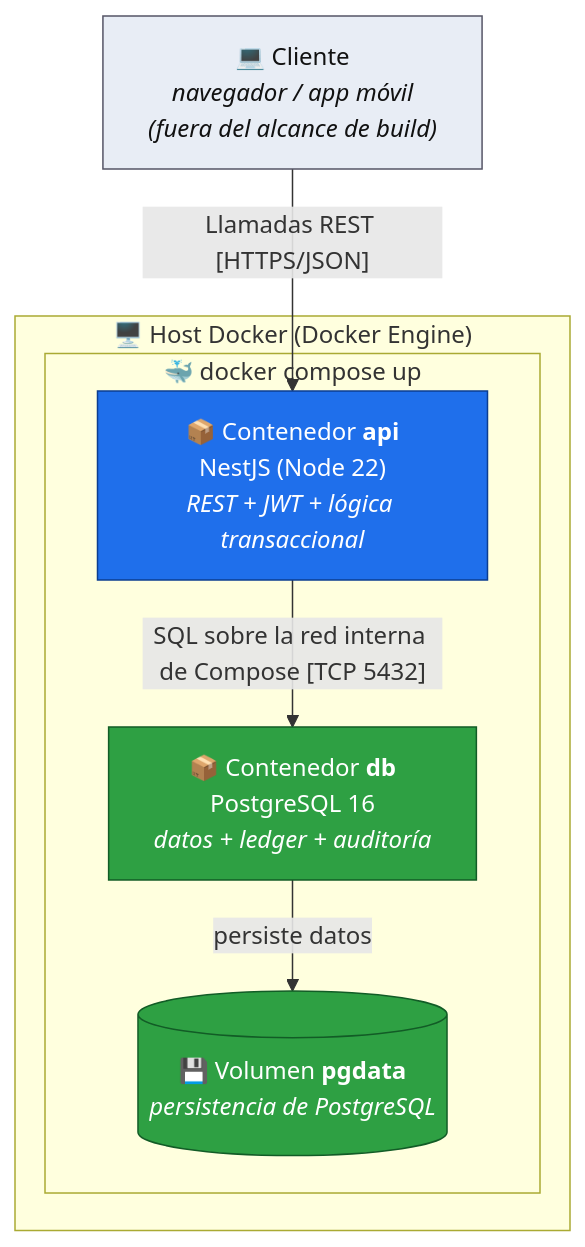
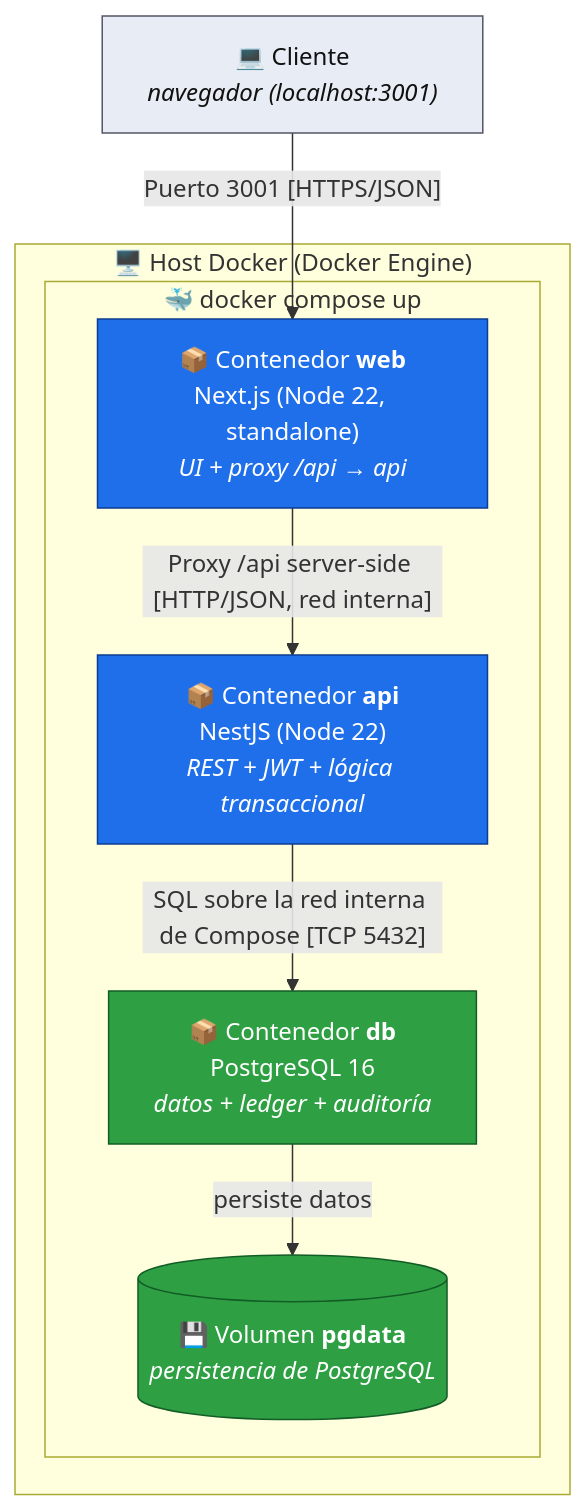
Before and after one commit to EstebanBedoya/MiniWallet: the diagram in docs/DIAGRAMS/deployment.md, drawn with Mermaid. The commit also changed other lines of this file and 4 other files, not shown here.

First line of the commit message:
docs: close ADR-004, add web container to C4 diagrams, fix stale refs

````diff
--- a/docs/DIAGRAMS/deployment.md
+++ b/docs/DIAGRAMS/deployment.md
@@ -7,23 +7,25 @@
 ```mermaid
 flowchart TB
-    ui["💻 Cliente<br/><i>navegador / app móvil<br/>(fuera del alcance de build)</i>"]
+    ui["💻 Cliente<br/><i>navegador (localhost:3001)</i>"]
 
     subgraph host["🖥️ Host Docker (Docker Engine)"]
         subgraph compose["🐳 docker compose up"]
+            web["📦 Contenedor <b>web</b><br/>Next.js (Node 22, standalone)<br/><i>UI + proxy /api → api</i>"]
             api["📦 Contenedor <b>api</b><br/>NestJS (Node 22)<br/><i>REST + JWT + lógica transaccional</i>"]
             db["📦 Contenedor <b>db</b><br/>PostgreSQL 16<br/><i>datos + ledger + auditoría</i>"]
             pgdata[("💾 Volumen <b>pgdata</b><br/><i>persistencia de PostgreSQL</i>")]
         end
     end
 
-    ui -- "Llamadas REST [HTTPS/JSON]" --> api
+    ui -- "Puerto 3001 [HTTPS/JSON]" --> web
+    web -- "Proxy /api server-side [HTTP/JSON, red interna]" --> api
     api -- "SQL sobre la red interna de Compose [TCP 5432]" --> db
     db -- "persiste datos" --> pgdata
 
     classDef svc fill:#1f6feb,stroke:#0b3d91,color:#fff;
     classDef store fill:#2ea043,stroke:#125c26,color:#fff;
     classDef ext fill:#e8edf5,stroke:#556,color:#111;
-    class api svc;
+    class web,api svc;
     class db,pgdata store;
     class ui ext;
 ```
````
